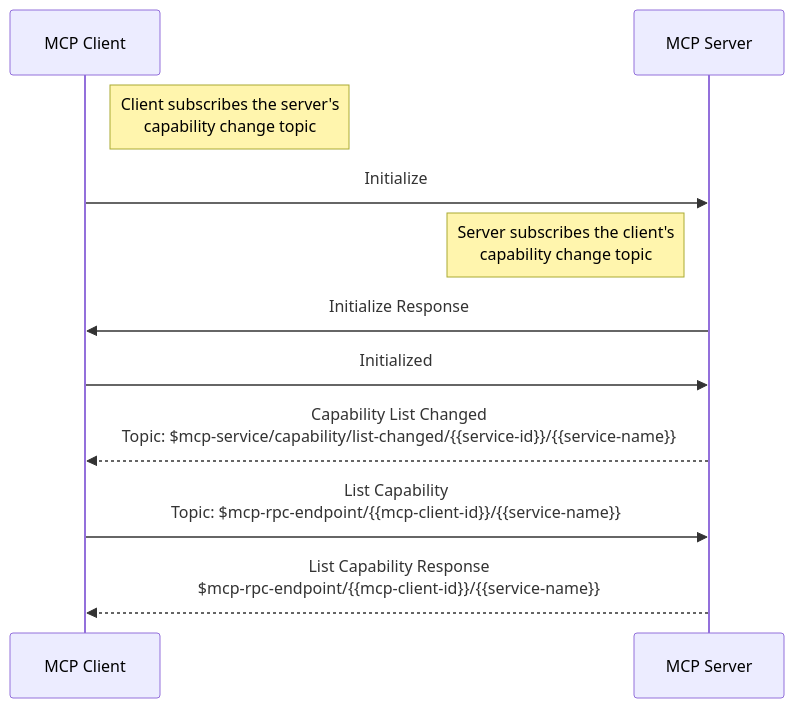
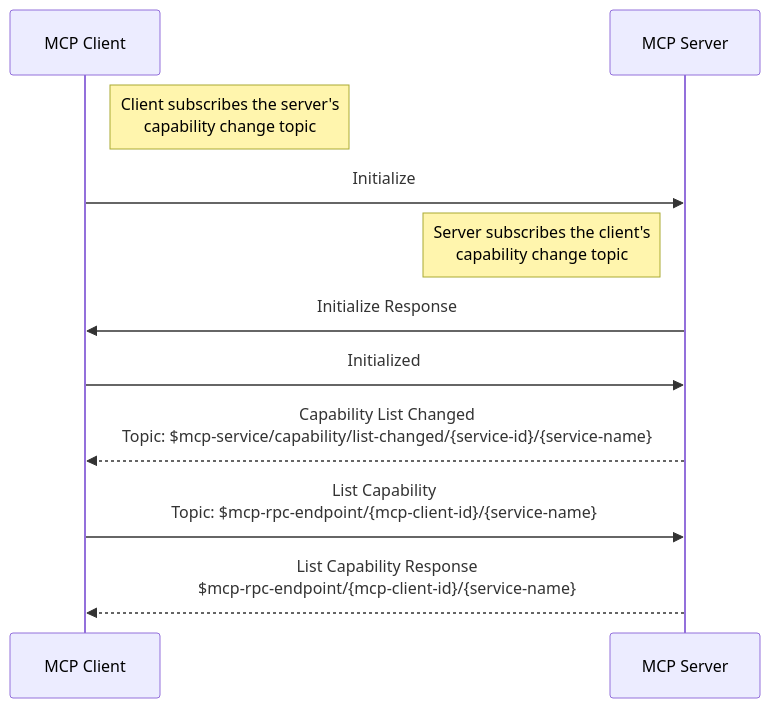
One commit to xiaokunzhang/mcp-over-mqtt-site changed the third of 4 diagrams in mcp/specification/2025-03-26/basic/mqtt_transport.md. Above: the diagram before and after it, drawn with Mermaid. The commit also changed other lines of this file and 4 other files, not shown here.

Commit message:
Separate the architecture page

````diff
--- a/mcp/specification/2025-03-26/basic/mqtt_transport.md
+++ b/mcp/specification/2025-03-26/basic/mqtt_transport.md
@@ -321,19 +305,19 @@
 ```mermaid
 
 sequenceDiagram
     participant MCP_Client as MCP Client
     participant MCP_Server as MCP Server
 
     Note right of MCP_Client: Client subscribes the server's<br/>capability change topic
     MCP_Client ->> MCP_Server: Initialize
 
     Note left of MCP_Server: Server subscribes the client's<br/>capability change topic
     MCP_Server ->> MCP_Client: Initialize Response
     MCP_Client ->> MCP_Server: Initialized
 
-    MCP_Server -->> MCP_Client: Capability List Changed<br/>Topic: $mcp-service/capability/list-changed/{{service-id}}/{{service-name}}
+    MCP_Server -->> MCP_Client: Capability List Changed<br/>Topic: $mcp-service/capability/list-changed/{service-id}/{service-name}
 
-    MCP_Client ->> MCP_Server: List Capability<br/>Topic: $mcp-rpc-endpoint/{{mcp-client-id}}/{{service-name}}
+    MCP_Client ->> MCP_Server: List Capability<br/>Topic: $mcp-rpc-endpoint/{mcp-client-id}/{service-name}
 
-    MCP_Server -->> MCP_Client: List Capability Response<br/>$mcp-rpc-endpoint/{{mcp-client-id}}/{{service-name}}
+    MCP_Server -->> MCP_Client: List Capability Response<br/>$mcp-rpc-endpoint/{mcp-client-id}/{service-name}
 ```
````
